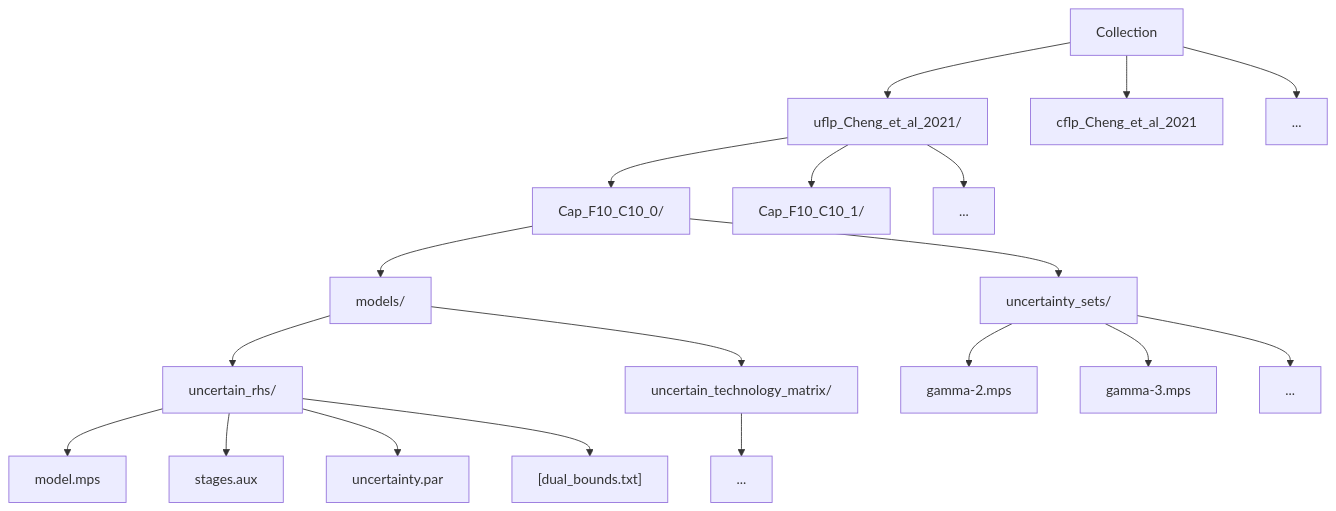
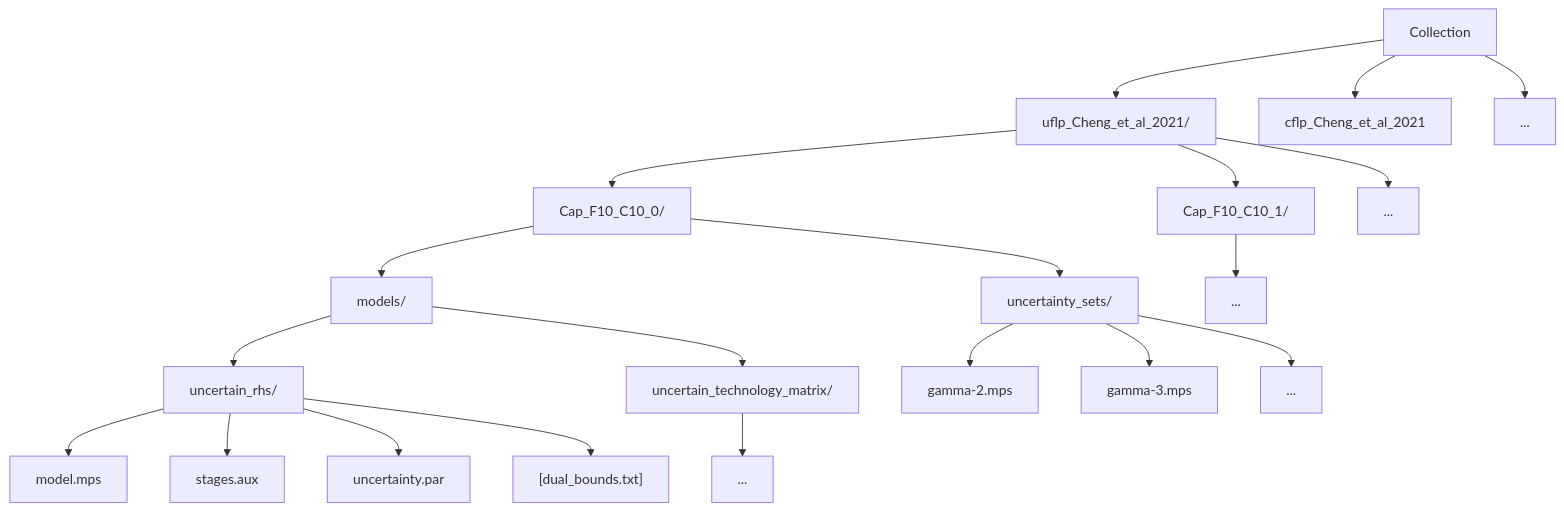
Before and after one commit to hlefebvr/idol-instances: the second of 2 diagrams in robust/README.md, drawn with Mermaid.

````diff
--- a/robust/README.md
+++ b/robust/README.md
@@ -16,28 +16,29 @@
 ```mermaid
     flowchart TD
         
     Collection
     
     Collection --> uflp_Cheng_et_al_2021["uflp_Cheng_et_al_2021/"]
     Collection --> cflp_Cheng_et_al_2021
     Collection --> dots[...]
     
     uflp_Cheng_et_al_2021 --> Cap_F10_C10_0["Cap_F10_C10_0/"]
     uflp_Cheng_et_al_2021 --> Cap_F10_C10_1["Cap_F10_C10_1/"]
     uflp_Cheng_et_al_2021 --> dots2[...]
 
     Cap_F10_C10_0 --> models["models/"]
     Cap_F10_C10_0 --> uncertainty_sets["uncertainty_sets/"]
+    Cap_F10_C10_1 --> dots5[...]
     
     models --> uncertain_rhs["uncertain_rhs/"]
     uncertain_rhs --> model.mps
     uncertain_rhs --> stages.aux
     uncertain_rhs --> uncertainty.par
     uncertain_rhs --> _["[dual_bounds.txt]"]
     
     models --> uncertain_technology_matrix["uncertain_technology_matrix/"] --> dots3[...]
 
     uncertainty_sets --> gamma-2.mps
     uncertainty_sets --> gamma-3.mps
     uncertainty_sets --> dots4["..."]
 ```
````
